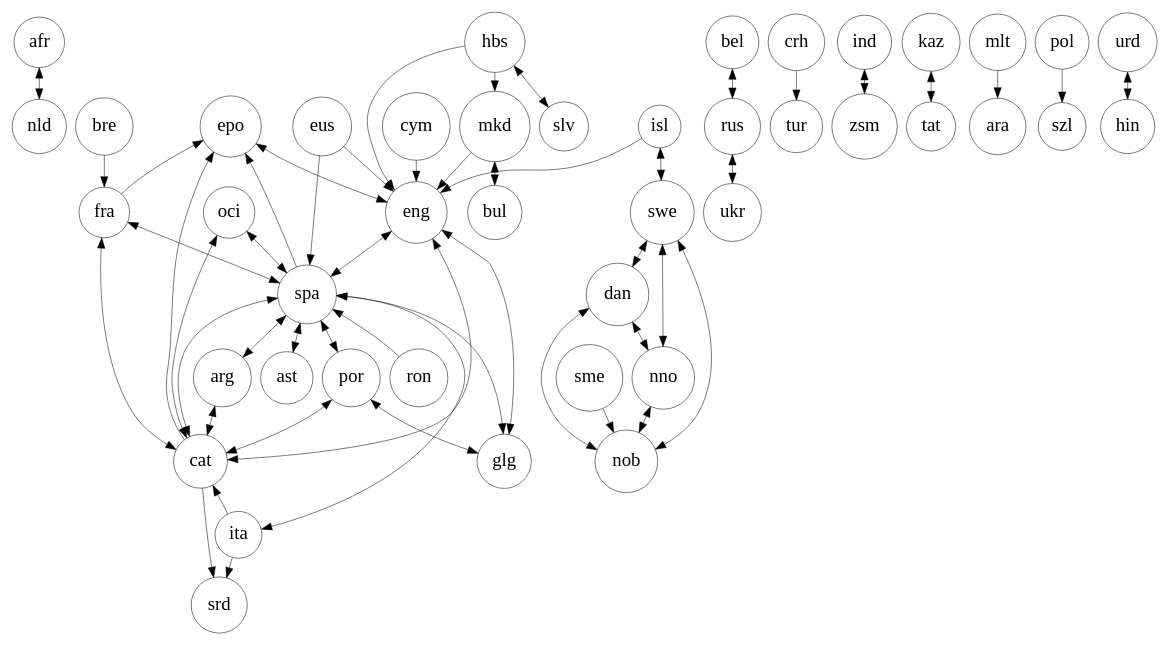
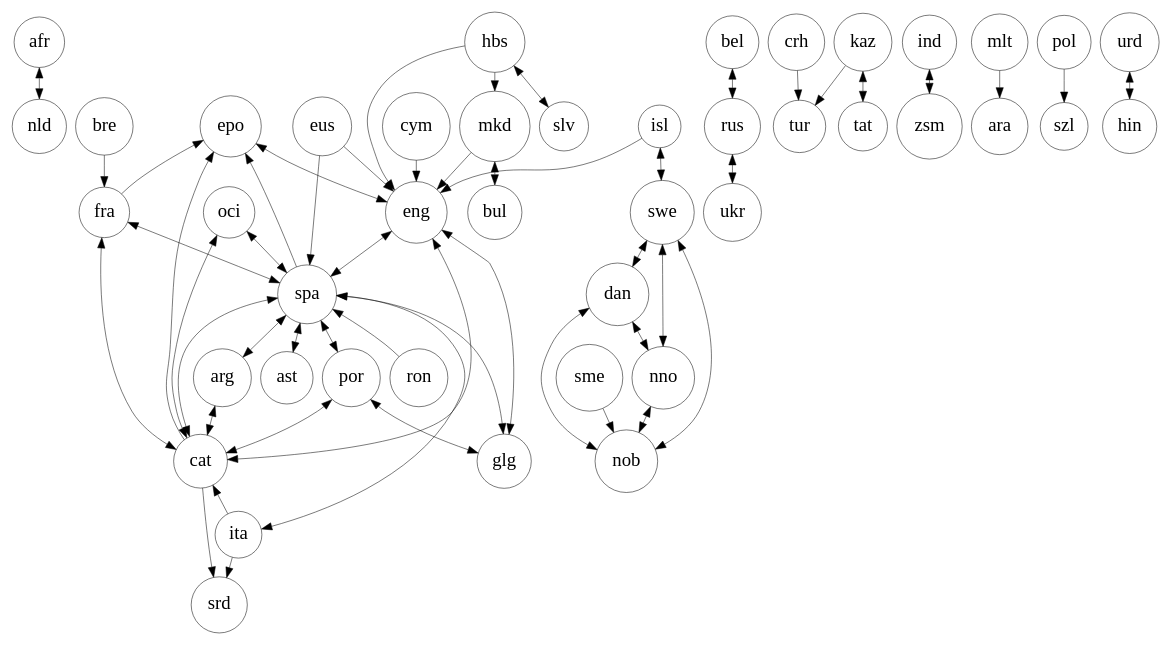
One commit to apertium/organisation changed the diagram in posters/lt4all/Images/pairs.dot. Above: the diagram before and after it, drawn with Graphviz. The commit also changed 4 other files, not shown here.

```diff
--- a/posters/lt4all/Images/pairs.dot
+++ b/posters/lt4all/Images/pairs.dot
@@ -1,56 +1,57 @@
 digraph G {
 size ="12,8" ;
 node [shape=circle; fontsize=36] ;
 edge [arrowsize=2] ;
 afr -> nld [dir=both] ;
 arg -> cat [dir=both] ;
 bel -> rus [dir=both] ;
 bre -> fra ;
 cat -> ita [dir=back] ;
 cat -> srd ;
 crh -> tur ;
 cym -> eng  ;
 dan -> nno [dir=both] ;
 dan -> nob [dir=both] ;
 eng -> cat [dir=both] ;
 eng -> spa [dir=both] ;
 eng -> glg [dir=both] ;
 epo -> cat [dir=back] ;
 epo -> eng [dir=both] ;
 epo -> spa [dir=back] ;
 epo -> fra [dir=back] ;
 spa -> arg [dir=both] ;
 spa -> ast [dir=both] ;
 spa -> cat [dir=both] ;
 spa -> glg [dir=both] ;
 spa -> ita [dir=both] ;
 spa -> por [dir=both] ;
 spa -> ron [dir=back] ;
 eus -> eng ;
 eus -> spa  ;
 fra -> cat [dir=both] ;
 fra -> spa [dir=both] ;
 hbs -> eng  ;
 hbs -> mkd  ;
 hbs -> slv [dir=both] ;
 ind -> zsm [dir=both] ;
 isl -> eng  ;
 isl -> swe [dir=both] ;
 ita -> srd ;
 kaz -> tat [dir=both] ;
+kaz -> tur  ;
 mkd -> bul [dir=both] ;
 mkd -> eng  ;
 mlt -> ara  ;
 nno -> nob [dir=both] ;
 oci -> cat [dir=both] ;
 oci -> spa [dir=both] ;
 pol -> szl ;
 por -> cat [dir=both] ;
 por -> glg [dir=both] ;
 rus -> ukr [dir=both] ;
 sme -> nob  ;
 swe -> dan [dir=both] ;
 swe -> nob [dir=both] ;
 swe -> nno [dir=both] ;
 urd -> hin [dir=both] ;
 } 
```
